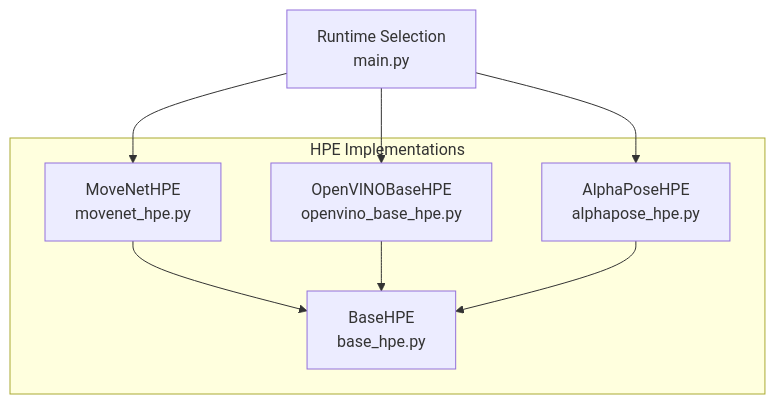
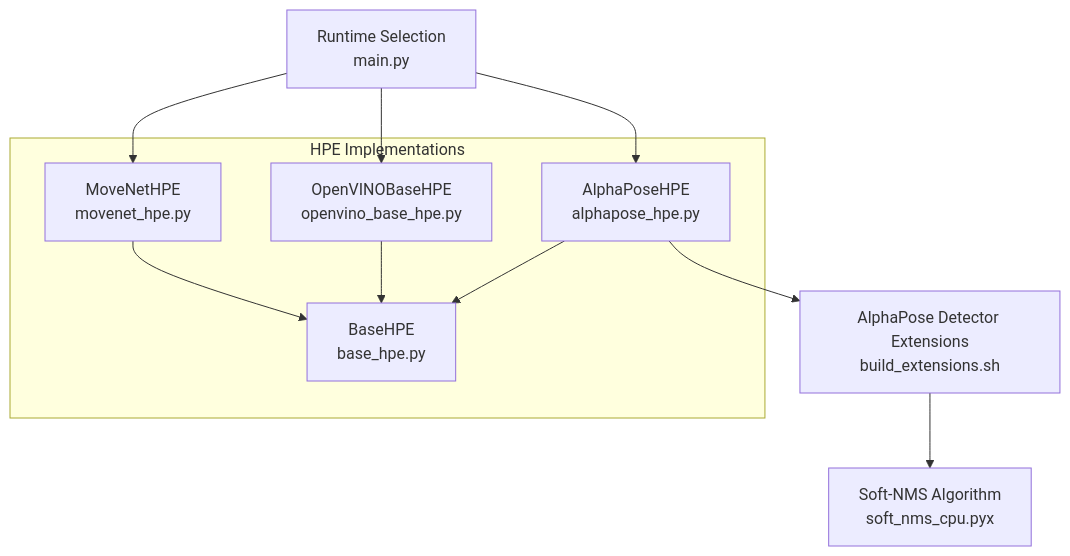
Before and after one commit to Fogus-Gr/MeasurementsDTs: the first of 9 diagrams in .qoder/repowiki/en/content/Core Architecture/Model Implementation Patterns.md, drawn with Mermaid. The commit also changed other lines of this file and 7 other files, not shown here.

````diff
--- a/.qoder/repowiki/en/content/Core Architecture/Model Implementation Patterns.md
+++ b/.qoder/repowiki/en/content/Core Architecture/Model Implementation Patterns.md
@@ -37,16 +42,20 @@
 ```mermaid
 graph TB
 subgraph "HPE Implementations"
 A["BaseHPE<br/>base_hpe.py"]
 B["MoveNetHPE<br/>movenet_hpe.py"]
 C["OpenVINOBaseHPE<br/>openvino_base_hpe.py"]
 D["AlphaPoseHPE<br/>alphapose_hpe.py"]
 end
 E["Runtime Selection<br/>main.py"]
+F["AlphaPose Detector Extensions<br/>build_extensions.sh"]
+G["Soft-NMS Algorithm<br/>soft_nms_cpu.pyx"]
 E --> B
 E --> C
 E --> D
 B --> A
 C --> A
 D --> A
+D --> F
+F --> G
 ```
````
